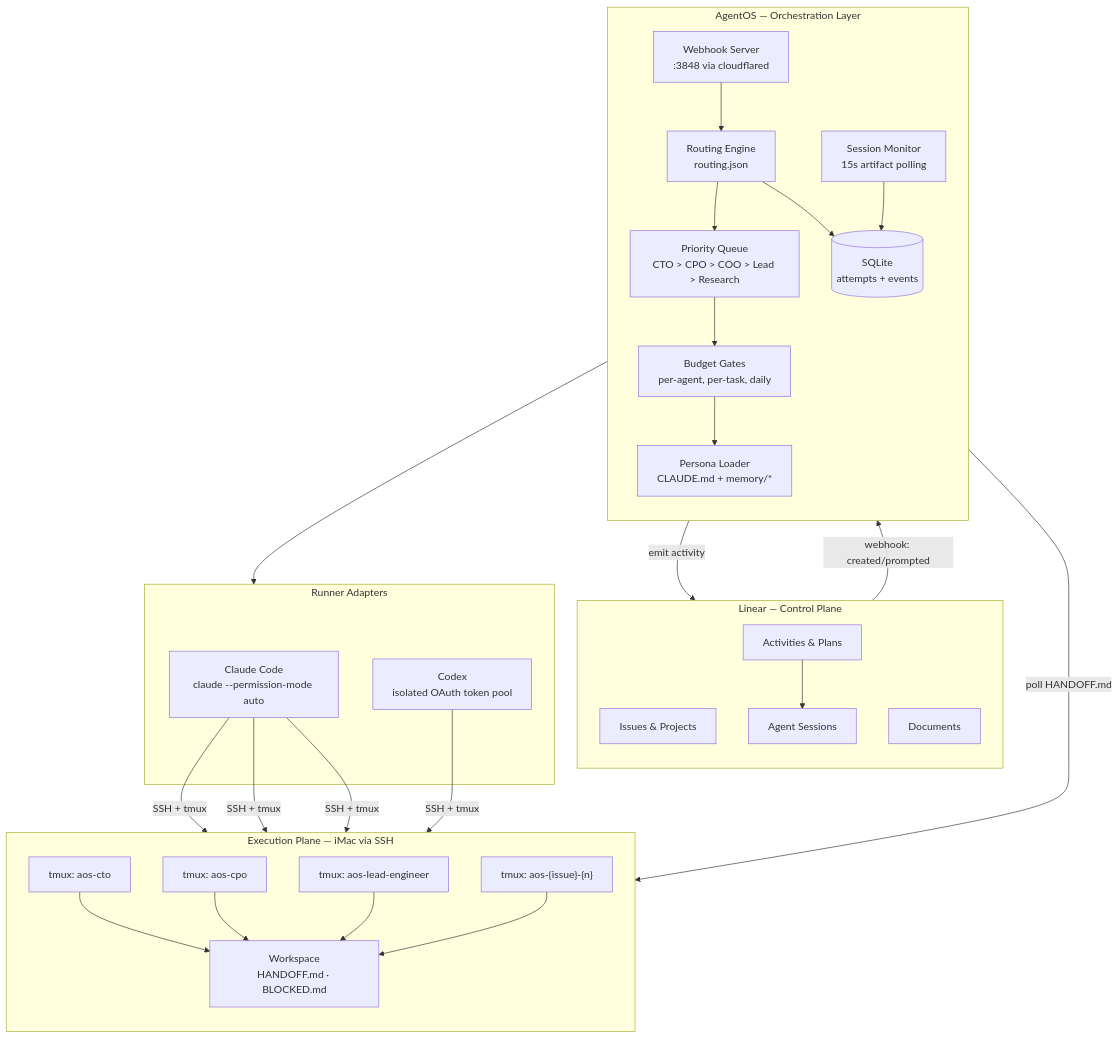
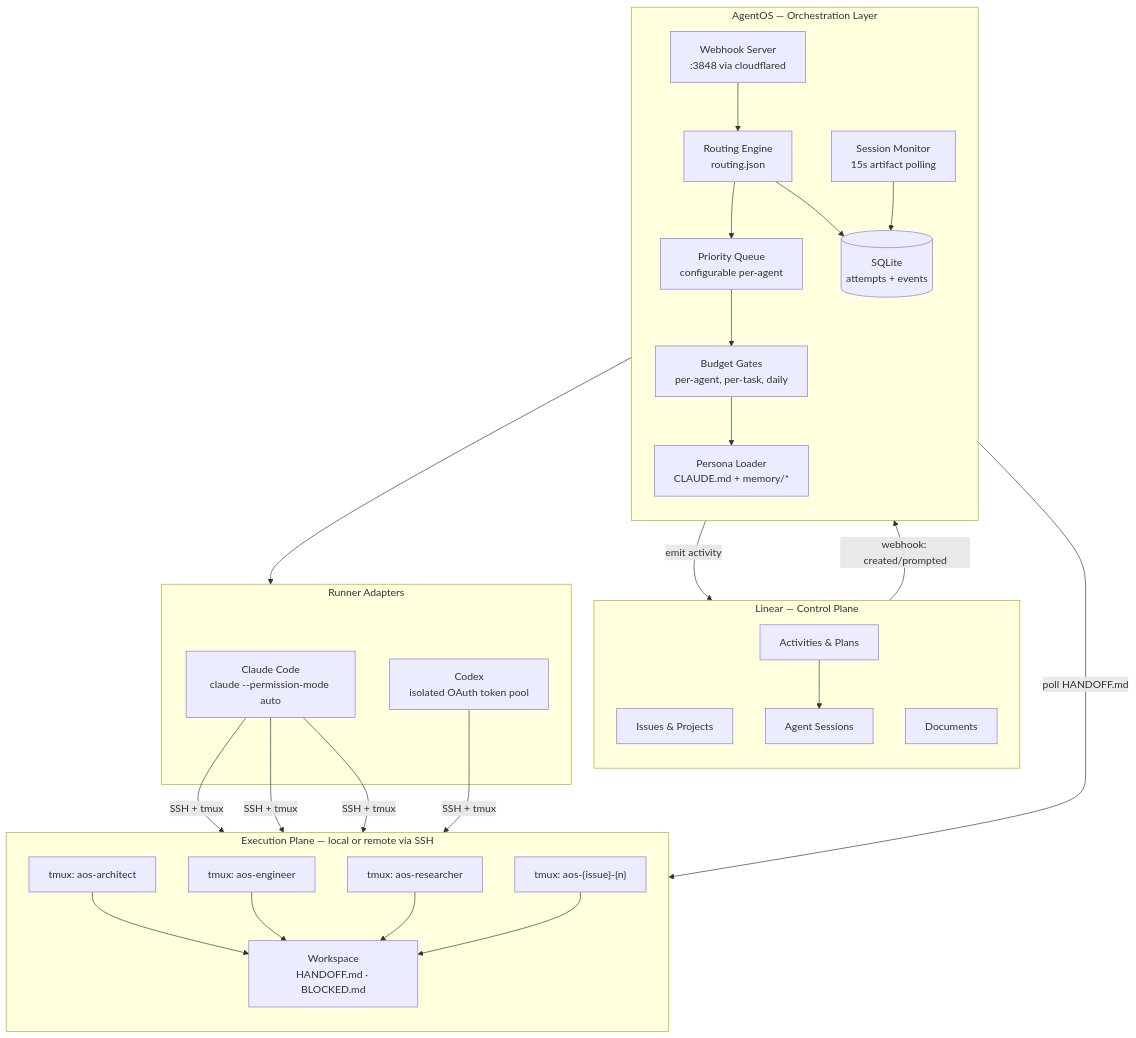
Before and after one commit to zzhiyuann/agentos: the first of 5 diagrams in docs/architecture.md, drawn with Mermaid. The commit also changed other lines of this file and 8 other files, not shown here.

````diff
--- a/docs/architecture.md
+++ b/docs/architecture.md
@@ -17,50 +17,50 @@
 ```mermaid
 graph TB
     subgraph Control["Linear — Control Plane"]
         direction TB
         I[Issues & Projects]
         S[Agent Sessions]
         A[Activities & Plans]
         D[Documents]
     end
 
     subgraph Orchestration["AgentOS — Orchestration Layer"]
         direction TB
         WH["Webhook Server<br/>:3848 via cloudflared"]
         RE["Routing Engine<br/>routing.json"]
-        PQ["Priority Queue<br/>CTO > CPO > COO > Lead > Research"]
+        PQ["Priority Queue<br/>configurable per-agent"]
         BG["Budget Gates<br/>per-agent, per-task, daily"]
         PL["Persona Loader<br/>CLAUDE.md + memory/*"]
         SM["Session Monitor<br/>15s artifact polling"]
         DB[("SQLite<br/>attempts + events")]
     end
 
-    subgraph Runtime["Execution Plane — iMac via SSH"]
+    subgraph Runtime["Execution Plane — local or remote via SSH"]
         direction TB
-        T1["tmux: aos-cto"]
-        T2["tmux: aos-cpo"]
-        T3["tmux: aos-lead-engineer"]
+        T1["tmux: aos-architect"]
+        T2["tmux: aos-engineer"]
+        T3["tmux: aos-researcher"]
         TN["tmux: aos-{issue}-{n}"]
         W1["Workspace<br/>HANDOFF.md · BLOCKED.md"]
     end
 
     subgraph Adapters["Runner Adapters"]
         CC["Claude Code<br/>claude --permission-mode auto"]
         CX["Codex<br/>isolated OAuth token pool"]
     end
 
     I -->|"webhook: created/prompted"| WH
     WH --> RE
     RE --> PQ
     PQ --> BG
     BG --> PL
     PL --> Adapters
     CC -->|SSH + tmux| T1 & T2 & TN
     CX -->|SSH + tmux| T3
     T1 & T2 & T3 & TN --> W1
     SM -->|"poll HANDOFF.md"| W1
     SM -->|"emit activity"| A
     A --> S
     RE --> DB
     SM --> DB
 ```
````
